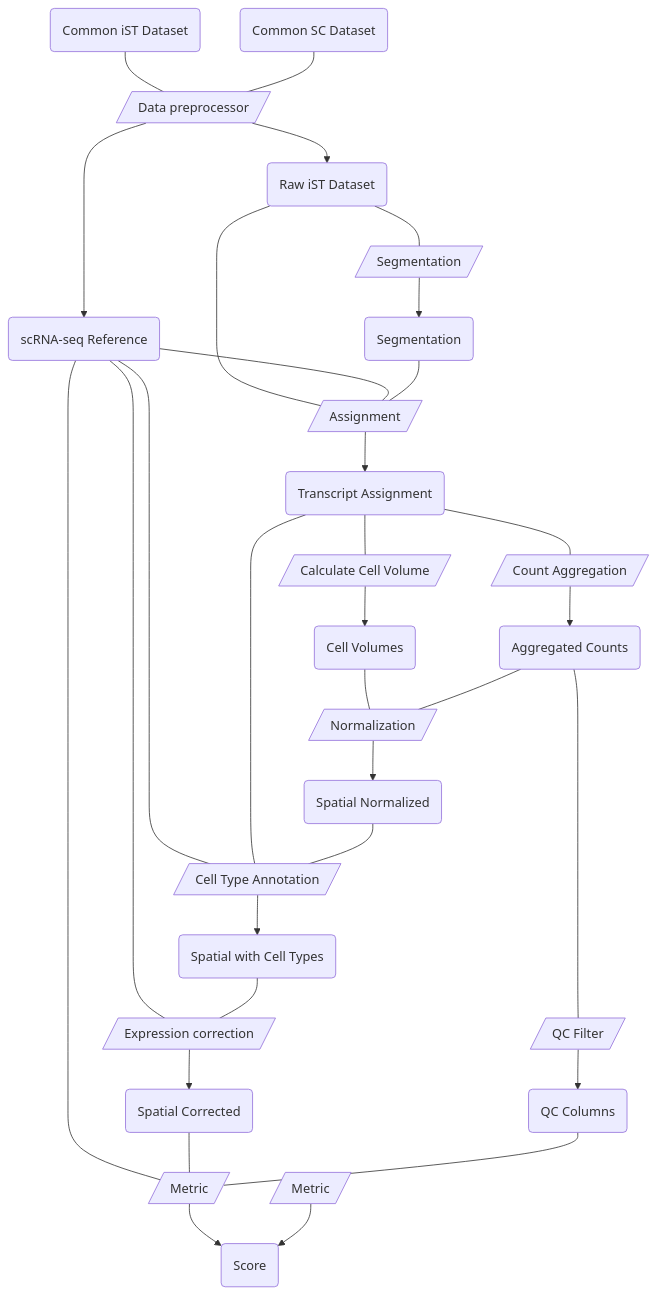
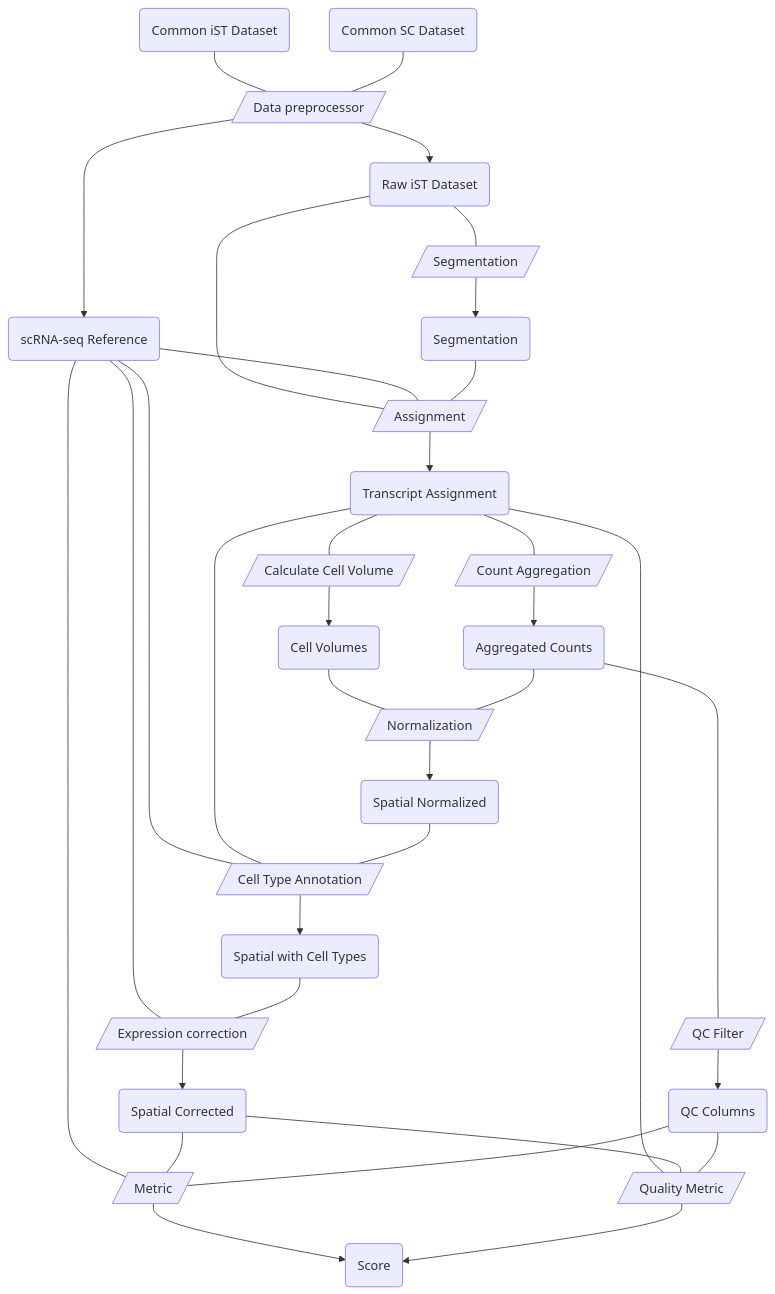
Before and after one commit to openproblems-bio/task_ist_preprocessing: the diagram in README.md, drawn with Mermaid. The commit also changed other lines of this file, not shown here.

````diff
--- a/README.md
+++ b/README.md
@@ -40,58 +40,61 @@
 ``` mermaid
 flowchart TB
   file_common_ist("Common iST Dataset")
   comp_data_preprocessor[/"Data preprocessor"/]
   file_raw_ist("Raw iST Dataset")
   file_scrnaseq_reference("scRNA-seq Reference")
   comp_method_segmentation[/"Segmentation"/]
   comp_method_transcript_assignment[/"Assignment"/]
   comp_method_cell_type_annotation[/"Cell Type Annotation"/]
   comp_method_expression_correction[/"Expression correction"/]
   comp_metric_similarity[/"Metric"/]
   file_segmentation("Segmentation")
   file_transcript_assignments("Transcript Assignment")
   file_spatial_with_cell_types("Spatial with Cell Types")
   file_spatial_corrected_counts("Spatial Corrected")
   file_score("Score")
   comp_method_calculate_cell_volume[/"Calculate Cell Volume"/]
   comp_method_count_aggregation[/"Count Aggregation"/]
+  comp_metric_quality[/"Quality Metric"/]
   file_cell_volumes("Cell Volumes")
   file_spatial_aggregated_counts("Aggregated Counts")
   comp_method_normalization[/"Normalization"/]
   comp_method_qc_filter[/"QC Filter"/]
   file_spatial_normalized_counts("Spatial Normalized")
   file_spatial_qc_col("QC Columns")
   file_common_scrnaseq("Common SC Dataset")
-  comp_metric[/"Metric"/]
   file_common_ist---comp_data_preprocessor
   comp_data_preprocessor-->file_raw_ist
   comp_data_preprocessor-->file_scrnaseq_reference
   file_raw_ist---comp_method_segmentation
   file_raw_ist---comp_method_transcript_assignment
   file_scrnaseq_reference---comp_method_transcript_assignment
   file_scrnaseq_reference---comp_method_cell_type_annotation
   file_scrnaseq_reference---comp_method_expression_correction
   file_scrnaseq_reference---comp_metric_similarity
   comp_method_segmentation-->file_segmentation
   comp_method_transcript_assignment-->file_transcript_assignments
   comp_method_cell_type_annotation-->file_spatial_with_cell_types
   comp_method_expression_correction-->file_spatial_corrected_counts
   comp_metric_similarity-->file_score
   file_segmentation---comp_method_transcript_assignment
   file_transcript_assignments---comp_method_cell_type_annotation
   file_transcript_assignments---comp_method_calculate_cell_volume
   file_transcript_assignments---comp_method_count_aggregation
+  file_transcript_assignments---comp_metric_quality
   file_spatial_with_cell_types---comp_method_expression_correction
   file_spatial_corrected_counts---comp_metric_similarity
+  file_spatial_corrected_counts---comp_metric_quality
   comp_method_calculate_cell_volume-->file_cell_volumes
   comp_method_count_aggregation-->file_spatial_aggregated_counts
+  comp_metric_quality-->file_score
   file_cell_volumes---comp_method_normalization
   file_spatial_aggregated_counts---comp_method_normalization
   file_spatial_aggregated_counts---comp_method_qc_filter
   comp_method_normalization-->file_spatial_normalized_counts
   comp_method_qc_filter-->file_spatial_qc_col
   file_spatial_normalized_counts---comp_method_cell_type_annotation
   file_spatial_qc_col---comp_metric_similarity
+  file_spatial_qc_col---comp_metric_quality
   file_common_scrnaseq---comp_data_preprocessor
-  comp_metric-->file_score
 ```
````
